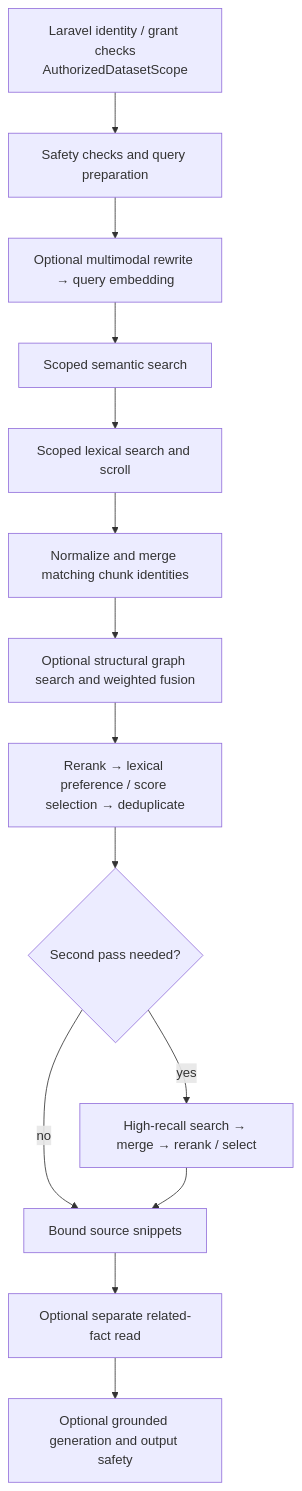
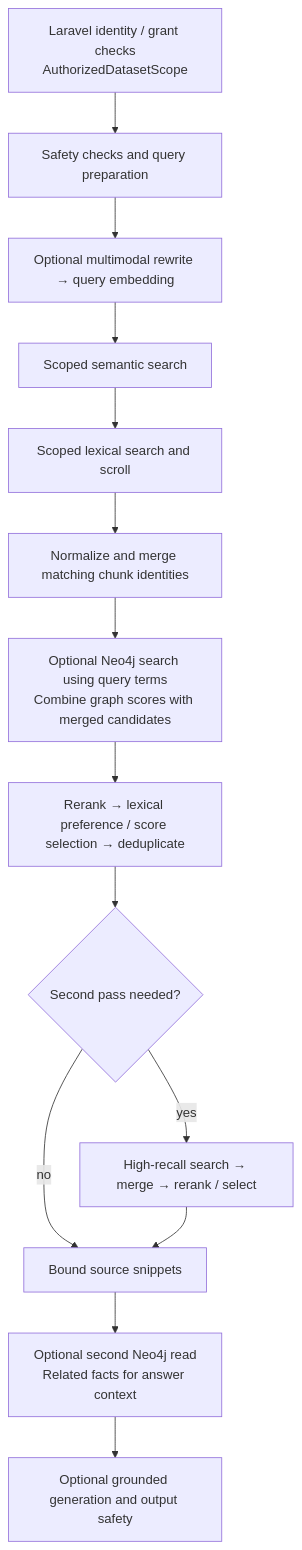
One commit to hawk-digital-environments/HAWKI-RAG changed the diagram in _documentation/Core Concepts/query_retrieval.md. Above: the diagram before and after it, drawn with Mermaid. The commit also changed other lines of this file and 10 other files, not shown here.

````diff
--- a/_documentation/Core Concepts/query_retrieval.md
+++ b/_documentation/Core Concepts/query_retrieval.md
@@ -13,16 +51,16 @@
 ```mermaid
 flowchart TB
     Scope["Laravel identity / grant checks<br/>AuthorizedDatasetScope"] --> Prepare["Safety checks and query preparation"]
     Prepare --> Rewrite["Optional multimodal rewrite → query embedding"]
     Rewrite --> Dense["Scoped semantic search"]
     Dense --> Lexical["Scoped lexical search and scroll"]
     Lexical --> Merge["Normalize and merge matching chunk identities"]
-    Merge --> Graph["Optional structural graph search and weighted fusion"]
+    Merge --> Graph["Optional Neo4j search using query terms<br/>Combine graph scores with merged candidates"]
     Graph --> Rank["Rerank → lexical preference / score selection → deduplicate"]
     Rank --> Expand{"Second pass needed?"}
     Expand -->|"yes"| Recall["High-recall search → merge → rerank / select"]
     Expand -->|"no"| Context["Bound source snippets"]
     Recall --> Context
-    Context --> KG["Optional separate related-fact read"]
+    Context --> KG["Optional second Neo4j read<br/>Related facts for answer context"]
     KG --> Answer["Optional grounded generation and output safety"]
 ```
````
